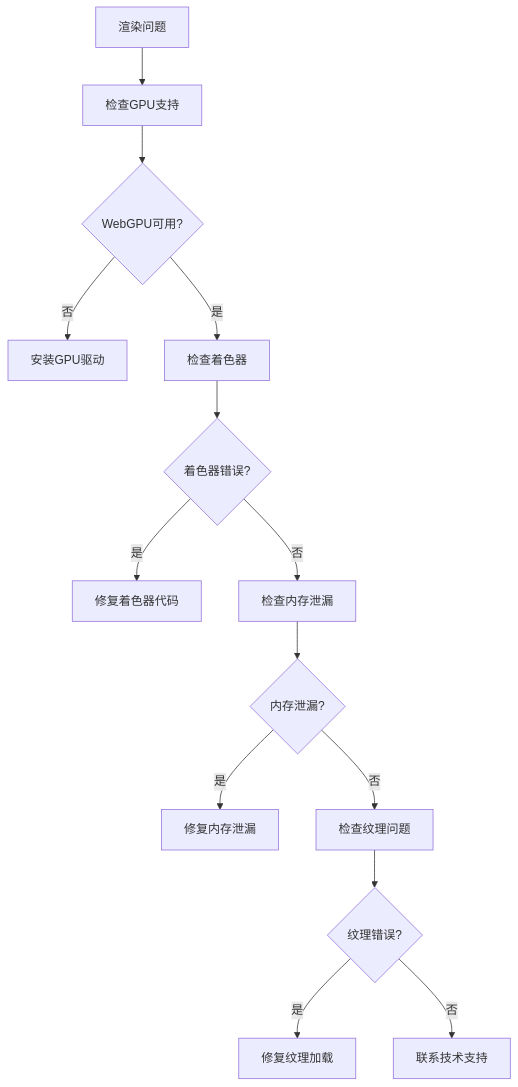
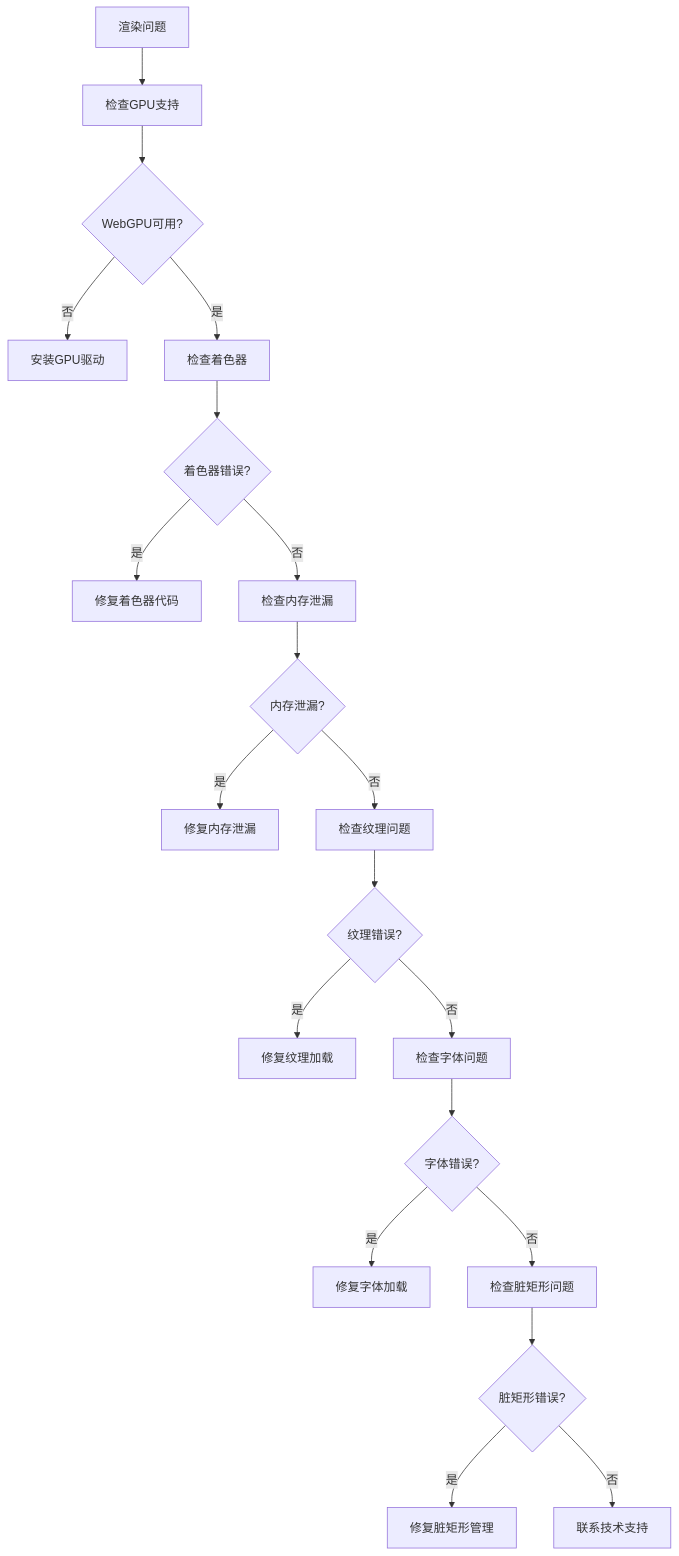
One commit to itszzl-sudo/iris changed diagram 32 of 32 in .qoder/repowiki/zh/content/核心功能特性/自研浏览器级渲染能力.md. Above: the diagram before and after it, drawn with Mermaid. The commit also changed other lines of this file and 7 other files, not shown here.

Commit message:
feat: add CSS animation engine foundation - easing functions, transitions, keyframe animations architecture

````diff
--- a/.qoder/repowiki/zh/content/核心功能特性/自研浏览器级渲染能力.md
+++ b/.qoder/repowiki/zh/content/核心功能特性/自研浏览器级渲染能力.md
@@ -920,16 +1149,22 @@
 ```mermaid
 flowchart TD
 Issue[渲染问题] --> CheckGPU[检查GPU支持]
 CheckGPU --> WebGPU{WebGPU可用?}
 WebGPU --> |否| InstallDriver[安装GPU驱动]
 WebGPU --> |是| CheckShaders[检查着色器]
 CheckShaders --> ShaderError{着色器错误?}
 ShaderError --> |是| FixShader[修复着色器代码]
 ShaderError --> |否| CheckMemory[检查内存泄漏]
 CheckMemory --> MemoryLeak{内存泄漏?}
 MemoryLeak --> |是| FixLeak[修复内存泄漏]
 MemoryLeak --> |否| CheckTextures[检查纹理问题]
 CheckTextures --> TextureError{纹理错误?}
 TextureError --> |是| FixTexture[修复纹理加载]
-TextureError --> |否| ContactSupport[联系技术支持]
+TextureError --> |否| CheckFonts[检查字体问题]
+CheckFonts --> FontError{字体错误?}
+FontError --> |是| FixFont[修复字体加载]
+FontError --> |否| CheckDirtyRects[检查脏矩形问题]
+CheckDirtyRects --> DirtyRectError{脏矩形错误?}
+DirtyRectError --> |是| FixDirtyRect[修复脏矩形管理]
+DirtyRectError --> |否| ContactSupport[联系技术支持]
 ```
````
